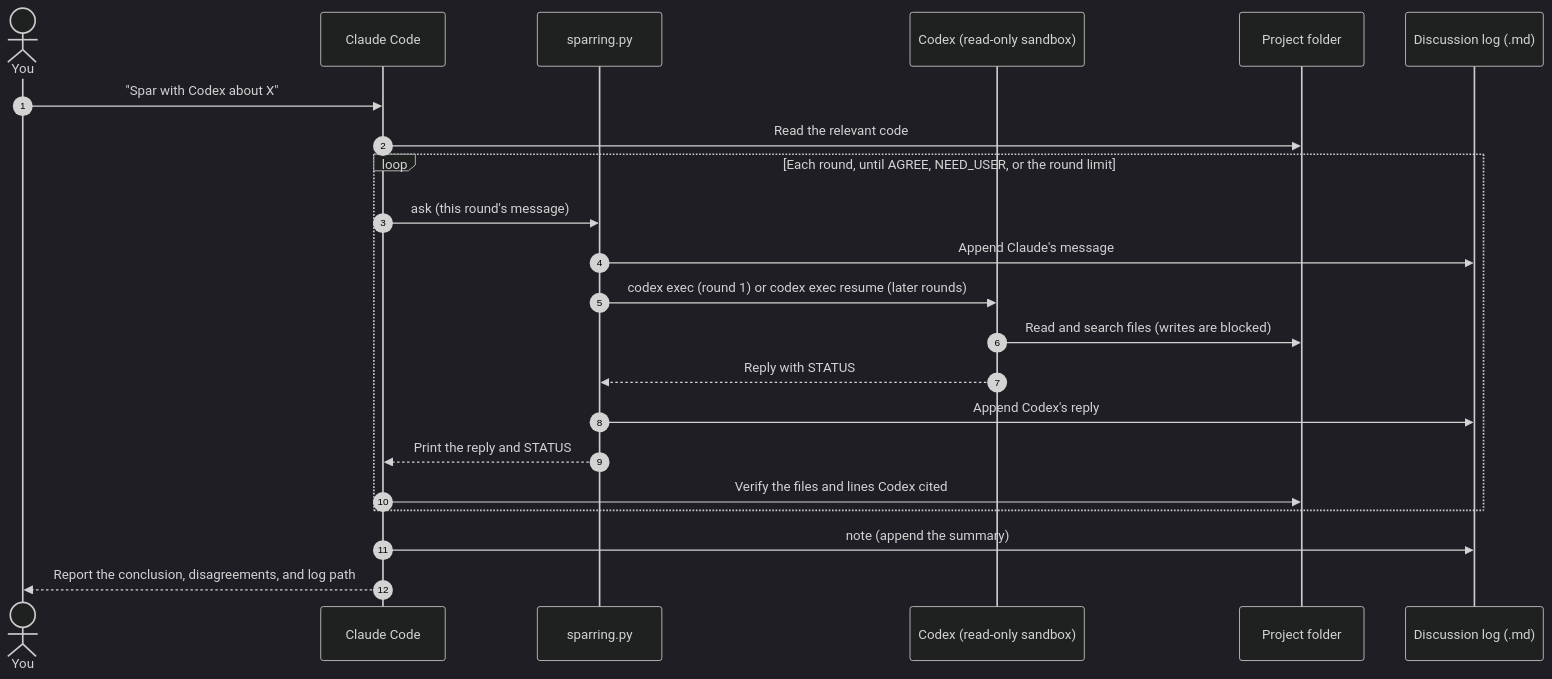
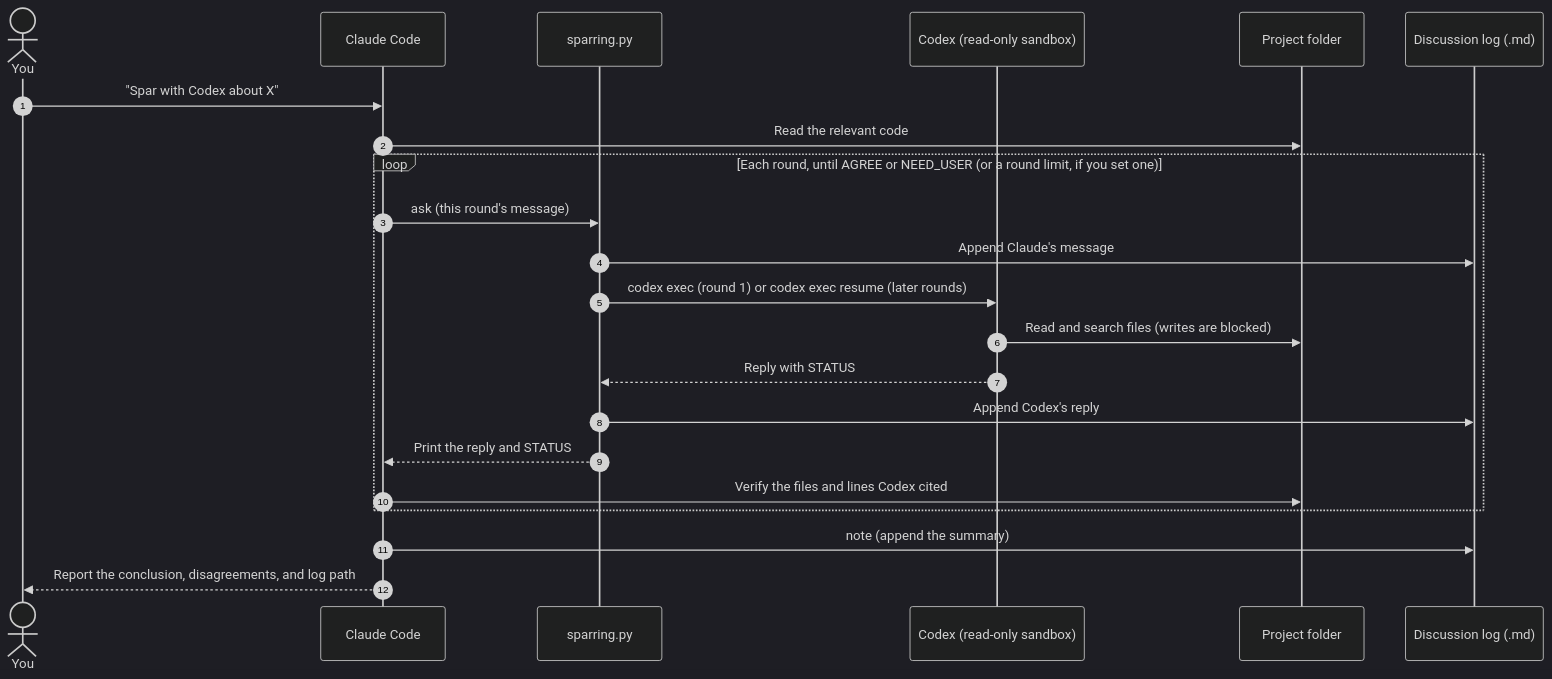
Before and after one commit to JeremyHo1123/claude-codex-sparring: the diagram in README.md, drawn with Mermaid (dark theme). The commit also changed other lines of this file and 1 other file, not shown here.

Commit message:
docs: no default round limit; spar until convergence, stop on deadlock

````diff
--- a/README.md
+++ b/README.md
@@ -60,25 +60,25 @@
 ```mermaid
 sequenceDiagram
     autonumber
     actor U as You
     participant C as Claude Code
     participant S as sparring.py
     participant X as Codex (read-only sandbox)
     participant P as Project folder
     participant L as Discussion log (.md)
 
     U->>C: "Spar with Codex about X"
     C->>P: Read the relevant code
-    loop Each round, until AGREE, NEED_USER, or the round limit
+    loop Each round, until AGREE or NEED_USER (or a round limit, if you set one)
         C->>S: ask (this round's message)
         S->>L: Append Claude's message
         S->>X: codex exec (round 1) or codex exec resume (later rounds)
         X->>P: Read and search files (writes are blocked)
         X-->>S: Reply with STATUS
         S->>L: Append Codex's reply
         S-->>C: Print the reply and STATUS
         C->>P: Verify the files and lines Codex cited
     end
     C->>L: note (append the summary)
     C-->>U: Report the conclusion, disagreements, and log path
 ```
````
